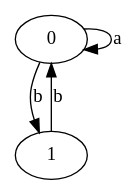
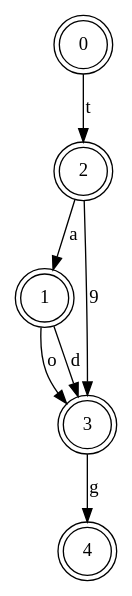
Before and after one commit to alirezahi/Finite-State-Machine: the diagram in test-output/round-table.gv, drawn with Graphviz. The commit also changed 6 other files, not shown here.

```diff
--- a/test-output/round-table.gv
+++ b/test-output/round-table.gv
@@ -1,8 +1,14 @@
 // The Round Table
 digraph {
-	0 [label=0]
-		0 -> 0 [label=a]
-		0 -> 1 [label=b]
-	1 [label=1]
-		1 -> 0 [label=b]
+	0 [label=0 shape=doublecircle]
+		0 -> 2 [label=t]
+	1 [label=1 shape=doublecircle]
+		1 -> 3 [label=o]
+		1 -> 3 [label=d]
+	2 [label=2 shape=doublecircle]
+		2 -> 1 [label=a]
+		2 -> 3 [label=9]
+	3 [label=3 shape=doublecircle]
+		3 -> 4 [label=g]
+	4 [label=4 shape=doublecircle]
 }
```
